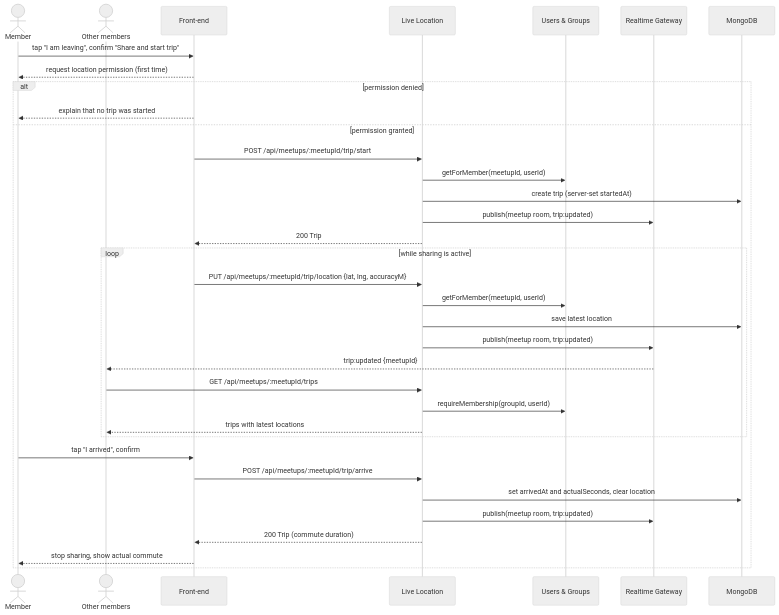
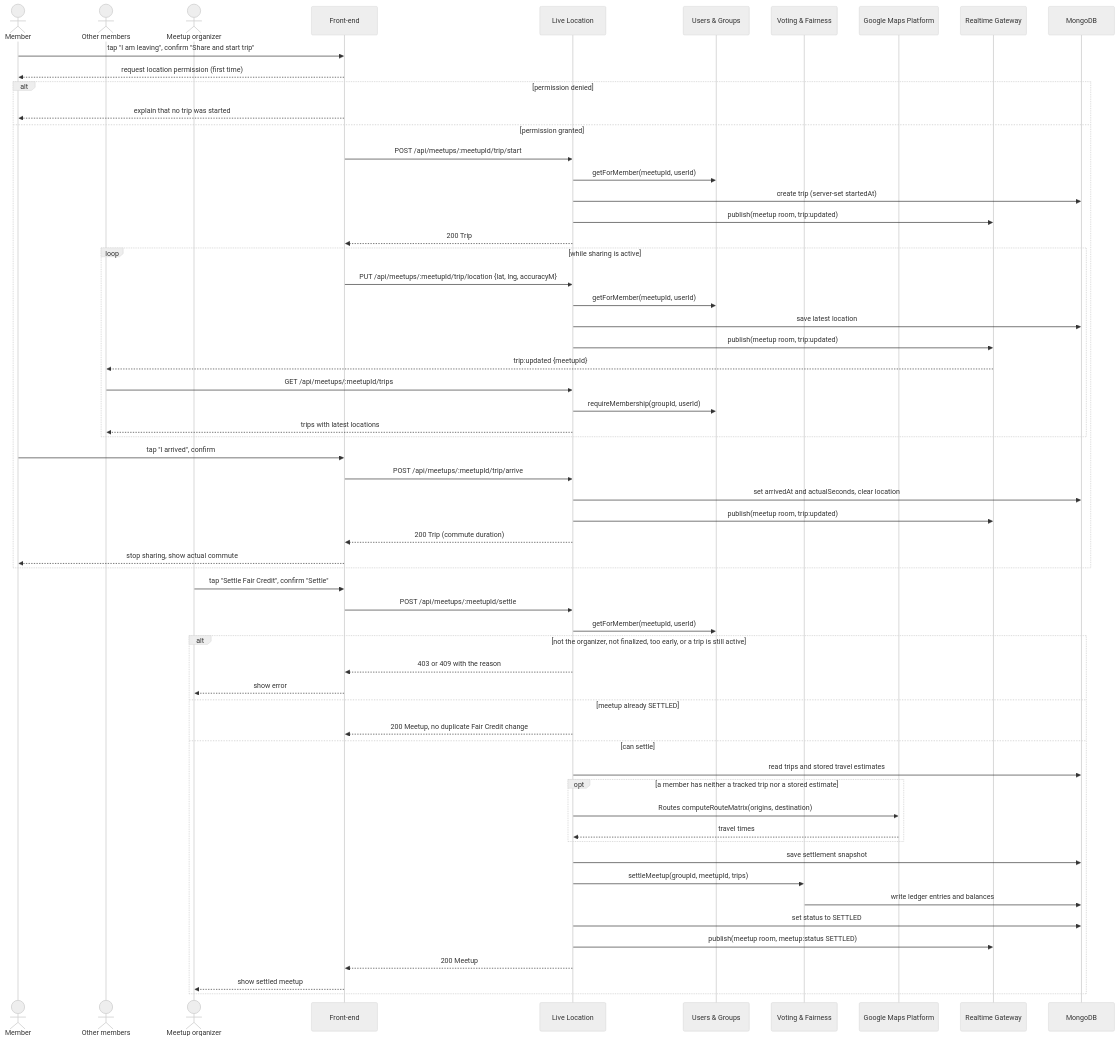
Before and after one commit to w-lin5/CPEN321_MeetFair: the diagram in documentation/res/SD_UC5_Share_Live_Location.mmd, drawn with Mermaid (neutral theme). The commit also changed 8 other files, not shown here.

```diff
--- a/documentation/res/SD_UC5_Share_Live_Location.mmd
+++ b/documentation/res/SD_UC5_Share_Live_Location.mmd
@@ -1,37 +1,62 @@
-%% Use Case 5: Share Live Location (Requirements_and_Design.md section 4.6). Fair Credit settlement is planned.
+%% Use Case 5: Share Live Location (Requirements_and_Design.md section 4.6).
 sequenceDiagram
     actor M as Member
     actor O as Other members
+    actor G as Meetup organizer
     participant FE as Front-end
     participant LL as Live Location
     participant UG as Users & Groups
+    participant VF as Voting & Fairness
+    participant MAPS as Google Maps Platform
     participant RT as Realtime Gateway
     participant DB as MongoDB
 
     M->>FE: tap "I am leaving", confirm "Share and start trip"
     FE-->>M: request location permission (first time)
     alt permission denied
         FE-->>M: explain that no trip was started
     else permission granted
         FE->>LL: POST /api/meetups/:meetupId/trip/start
         LL->>UG: getForMember(meetupId, userId)
         LL->>DB: create trip (server-set startedAt)
         LL->>RT: publish(meetup room, trip:updated)
         LL-->>FE: 200 Trip
         loop while sharing is active
             FE->>LL: PUT /api/meetups/:meetupId/trip/location {lat, lng, accuracyM}
             LL->>UG: getForMember(meetupId, userId)
             LL->>DB: save latest location
             LL->>RT: publish(meetup room, trip:updated)
             RT-->>O: trip:updated {meetupId}
             O->>LL: GET /api/meetups/:meetupId/trips
             LL->>UG: requireMembership(groupId, userId)
             LL-->>O: trips with latest locations
         end
         M->>FE: tap "I arrived", confirm
         FE->>LL: POST /api/meetups/:meetupId/trip/arrive
         LL->>DB: set arrivedAt and actualSeconds, clear location
         LL->>RT: publish(meetup room, trip:updated)
         LL-->>FE: 200 Trip (commute duration)
         FE-->>M: stop sharing, show actual commute
     end
+    G->>FE: tap "Settle Fair Credit", confirm "Settle"
+    FE->>LL: POST /api/meetups/:meetupId/settle
+    LL->>UG: getForMember(meetupId, userId)
+    alt not the organizer, not finalized, too early, or a trip is still active
+        LL-->>FE: 403 or 409 with the reason
+        FE-->>G: show error
+    else meetup already SETTLED
+        LL-->>FE: 200 Meetup, no duplicate Fair Credit change
+    else can settle
+        LL->>DB: read trips and stored travel estimates
+        opt a member has neither a tracked trip nor a stored estimate
+            LL->>MAPS: Routes computeRouteMatrix(origins, destination)
+            MAPS-->>LL: travel times
+        end
+        LL->>DB: save settlement snapshot
+        LL->>VF: settleMeetup(groupId, meetupId, trips)
+        VF->>DB: write ledger entries and balances
+        LL->>DB: set status to SETTLED
+        LL->>RT: publish(meetup room, meetup:status SETTLED)
+        LL-->>FE: 200 Meetup
+        FE-->>G: show settled meetup
+    end
```
